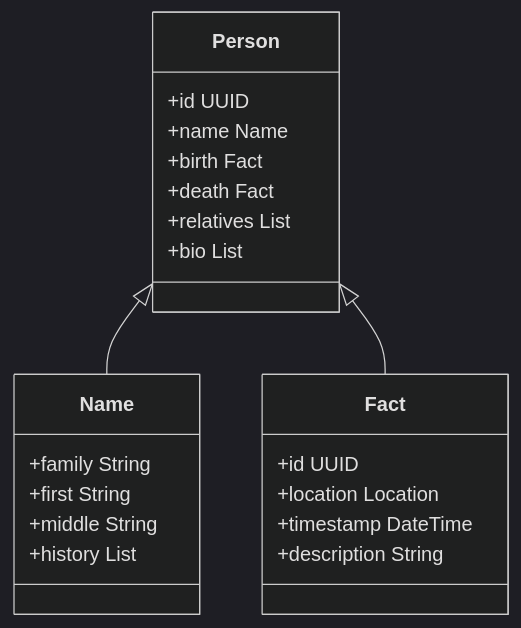
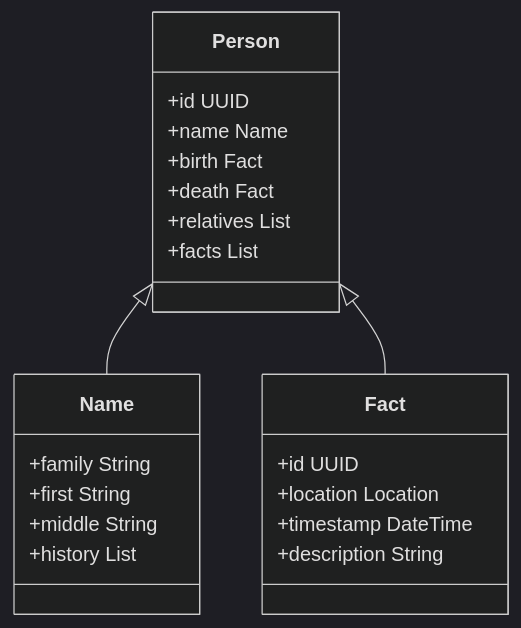
One commit to agrrh/ancestors changed the diagram in docs/MODEL.md. Above: the diagram before and after it, drawn with Mermaid (dark theme).

Commit message:
fix: list of facts

````diff
--- a/docs/MODEL.md
+++ b/docs/MODEL.md
@@ -1,32 +1,32 @@
 ```mermaid
 classDiagram
   class Person
     Person: +id UUID
 
     Person: +name Name
 
     Person: +birth Fact
     Person: +death Fact
 
     Person: +relatives List
 
-    Person: +bio List
+    Person: +facts List
 
   class Name
     Name: +family String
 
     Name: +first String
     Name: +middle String
 
     Name: +history List
 
   class Fact
     Fact: +id UUID
 
     Fact: +location Location
     Fact: +timestamp DateTime
     Fact: +description String
 
   Person <|-- Name
   Person <|-- Fact
 ```
````
